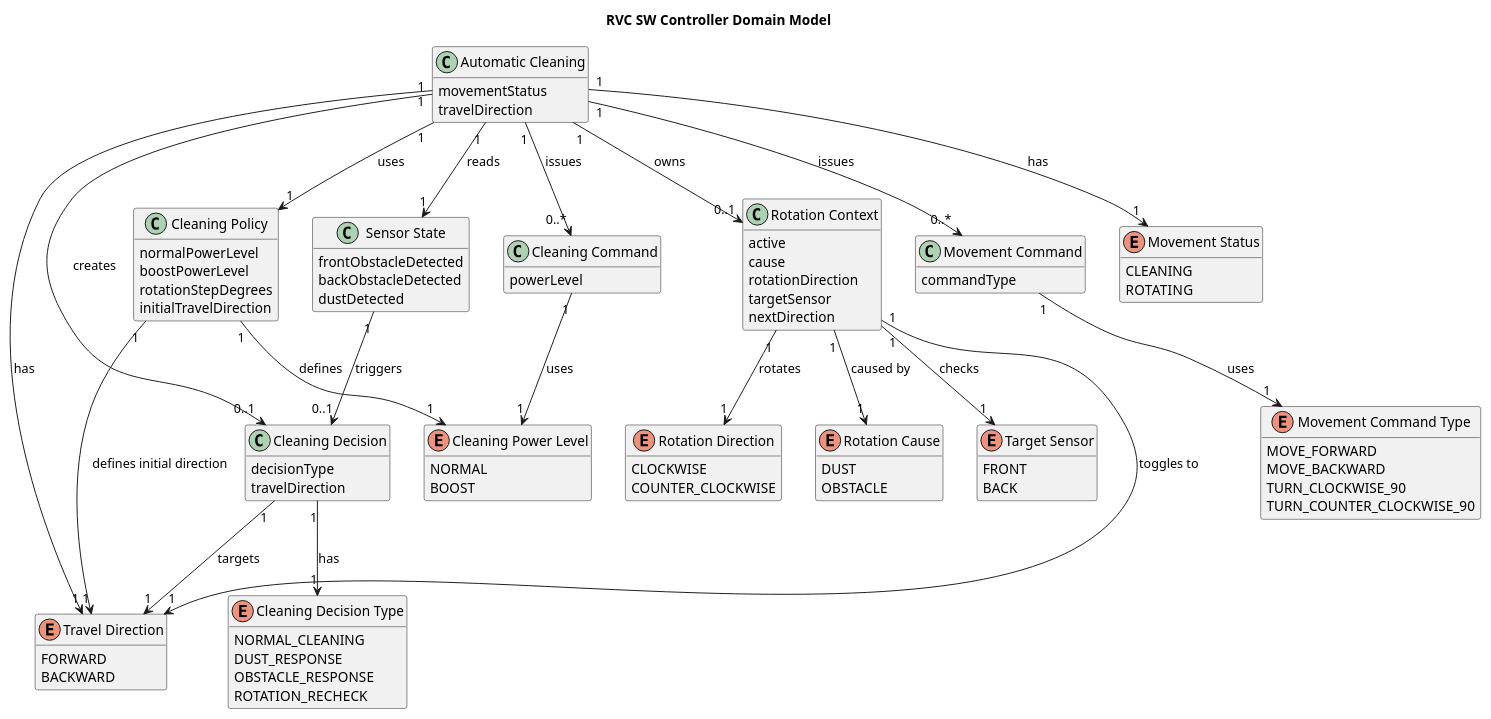
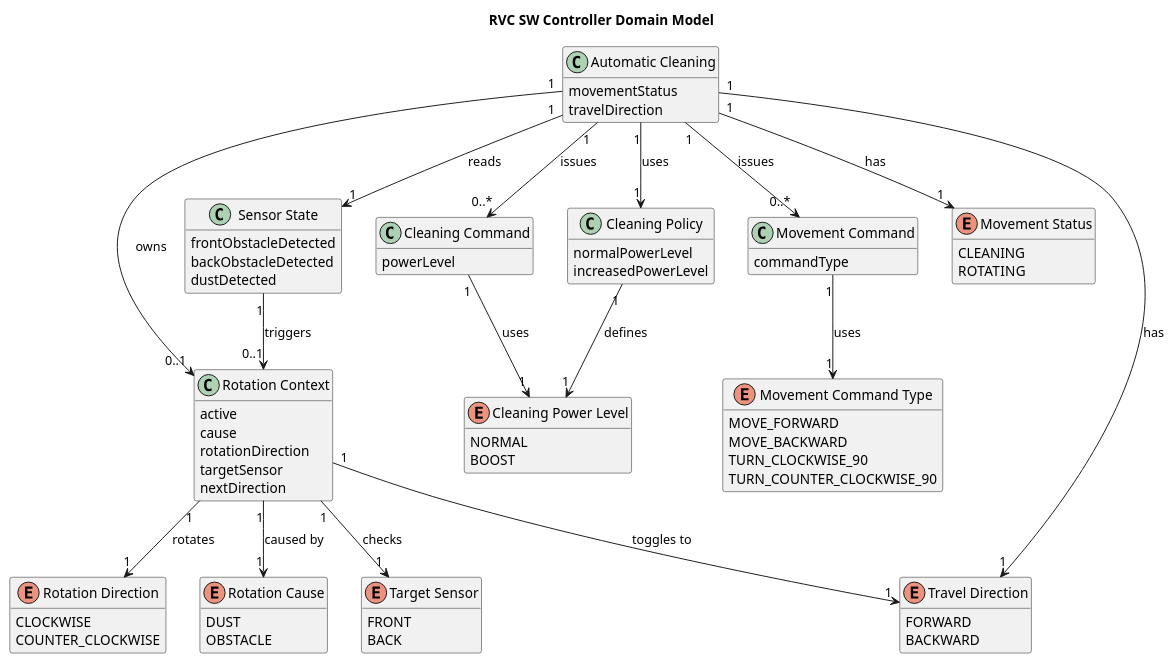
The diagram in docs/domain-model.puml (OOAD-Team3/Robot-Vacuum-Cleaner-AI), drawn with PlantUML before and after one commit. The commit also changed 33 other files, not shown here.

```diff
--- a/docs/domain-model.puml
+++ b/docs/domain-model.puml
@@ -1,115 +1,96 @@
 @startuml RVC_Domain_Model
 title RVC SW Controller Domain Model
 
 skinparam classAttributeIconSize 0
 hide methods
 
 class "Automatic Cleaning" as AutomaticCleaning {
   movementStatus
   travelDirection
 }
 
 class "Sensor State" as SensorState {
   frontObstacleDetected
   backObstacleDetected
   dustDetected
 }
 
 class "Cleaning Policy" as CleaningPolicy {
   normalPowerLevel
-  boostPowerLevel
-  rotationStepDegrees
-  initialTravelDirection
-}
-
-class "Cleaning Decision" as CleaningDecision {
-  decisionType
-  travelDirection
+  increasedPowerLevel
 }
 
 class "Rotation Context" as RotationContext {
   active
   cause
   rotationDirection
   targetSensor
   nextDirection
 }
 
 class "Movement Command" as MovementCommand {
   commandType
 }
 
 class "Cleaning Command" as CleaningCommand {
   powerLevel
 }
 
 enum "Movement Status" as MovementStatus {
   CLEANING
   ROTATING
 }
 
 enum "Travel Direction" as TravelDirection {
   FORWARD
   BACKWARD
 }
 
 enum "Rotation Direction" as RotationDirection {
   CLOCKWISE
   COUNTER_CLOCKWISE
 }
 
 enum "Rotation Cause" as RotationCause {
   DUST
   OBSTACLE
 }
 
 enum "Target Sensor" as TargetSensor {
   FRONT
   BACK
 }
 
-enum "Cleaning Decision Type" as CleaningDecisionType {
-  NORMAL_CLEANING
-  DUST_RESPONSE
-  OBSTACLE_RESPONSE
-  ROTATION_RECHECK
-}
-
 enum "Movement Command Type" as MovementCommandType {
   MOVE_FORWARD
   MOVE_BACKWARD
   TURN_CLOCKWISE_90
   TURN_COUNTER_CLOCKWISE_90
 }
 
 enum "Cleaning Power Level" as CleaningPowerLevel {
   NORMAL
   BOOST
 }
 
 AutomaticCleaning "1" --> "1" SensorState : reads
 AutomaticCleaning "1" --> "1" CleaningPolicy : uses
 AutomaticCleaning "1" --> "0..1" RotationContext : owns
-AutomaticCleaning "1" --> "0..1" CleaningDecision : creates
 AutomaticCleaning "1" --> "0..*" MovementCommand : issues
 AutomaticCleaning "1" --> "0..*" CleaningCommand : issues
 AutomaticCleaning "1" --> "1" MovementStatus : has
 AutomaticCleaning "1" --> "1" TravelDirection : has
 
-SensorState "1" --> "0..1" CleaningDecision : triggers
+SensorState "1" --> "0..1" RotationContext : triggers
 
 CleaningPolicy "1" --> "1" CleaningPowerLevel : defines
-CleaningPolicy "1" --> "1" TravelDirection : defines initial direction
-
-CleaningDecision "1" --> "1" CleaningDecisionType : has
-CleaningDecision "1" --> "1" TravelDirection : targets
 
 RotationContext "1" --> "1" RotationCause : caused by
 RotationContext "1" --> "1" RotationDirection : rotates
 RotationContext "1" --> "1" TargetSensor : checks
 RotationContext "1" --> "1" TravelDirection : toggles to
 
 MovementCommand "1" --> "1" MovementCommandType : uses
 CleaningCommand "1" --> "1" CleaningPowerLevel : uses
 
 @enduml
```
